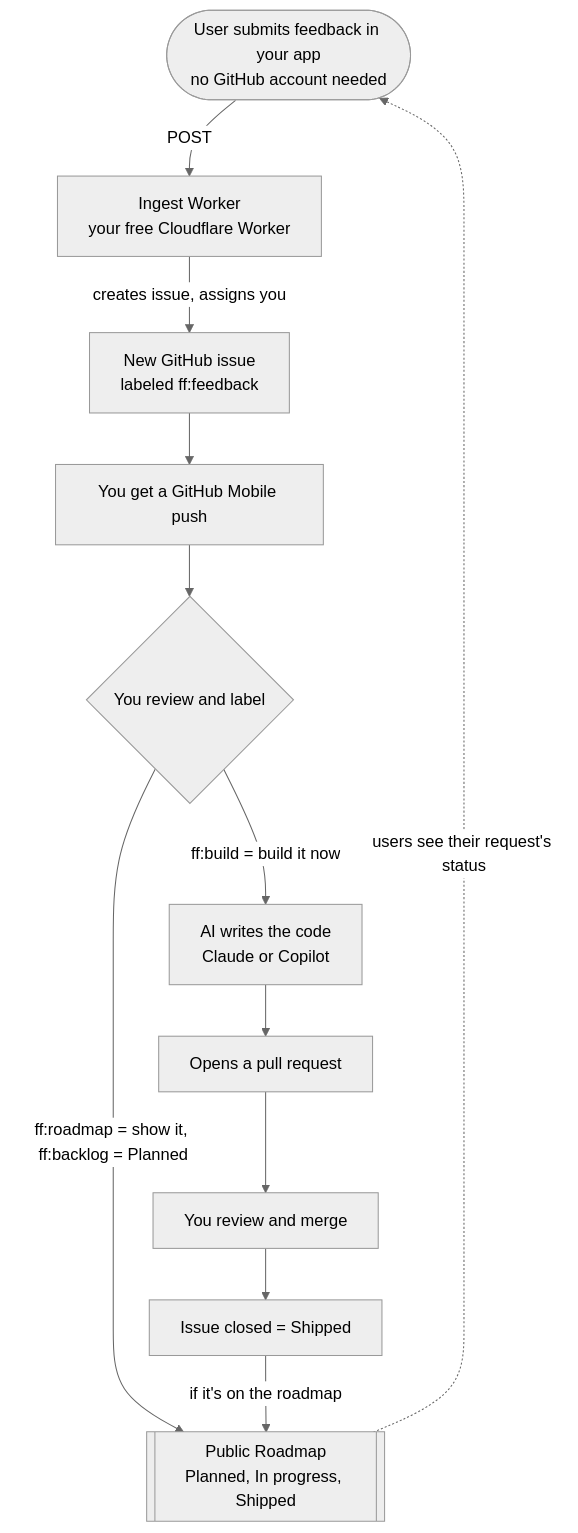
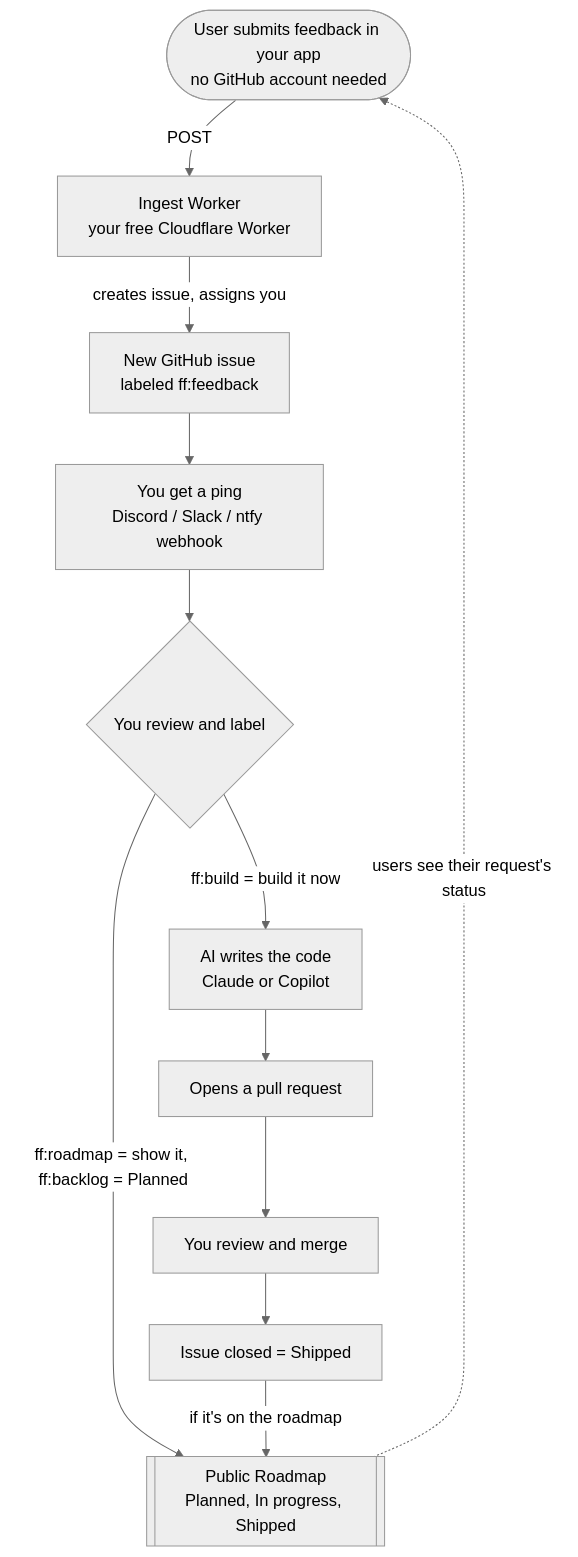
One commit to appuruguru/faster-features changed the diagram in README.md. Above: the diagram before and after it, drawn with Mermaid (neutral theme). The commit also changed other lines of this file and 3 other files, not shown here.

Commit message:
Fix notification docs: it's the Discord/Slack/ntfy webhook, not a GitHub Mobile push (self-assignment is suppressed by GitHub)

````diff
--- a/README.md
+++ b/README.md
@@ -20,15 +20,15 @@
 ```mermaid
 flowchart TD
     U([User submits feedback in your app<br/>no GitHub account needed])
     U -->|POST| W[Ingest Worker<br/>your free Cloudflare Worker]
     W -->|creates issue, assigns you| G[New GitHub issue<br/>labeled ff:feedback]
-    G --> N[You get a GitHub Mobile push]
+    G --> N[You get a ping<br/>Discord / Slack / ntfy webhook]
     N --> T{You review and label}
     T -->|ff:build = build it now| C[AI writes the code<br/>Claude or Copilot]
     C --> PR[Opens a pull request]
     PR --> MG[You review and merge]
     MG --> SH[Issue closed = Shipped]
     T -->|ff:roadmap = show it, ff:backlog = Planned| RM[[Public Roadmap<br/>Planned, In progress, Shipped]]
     SH -->|if it's on the roadmap| RM
     RM -.->|users see their request's status| U
 ```
````
